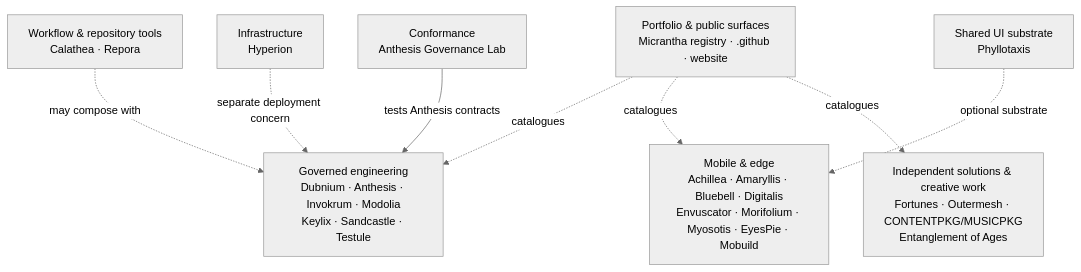
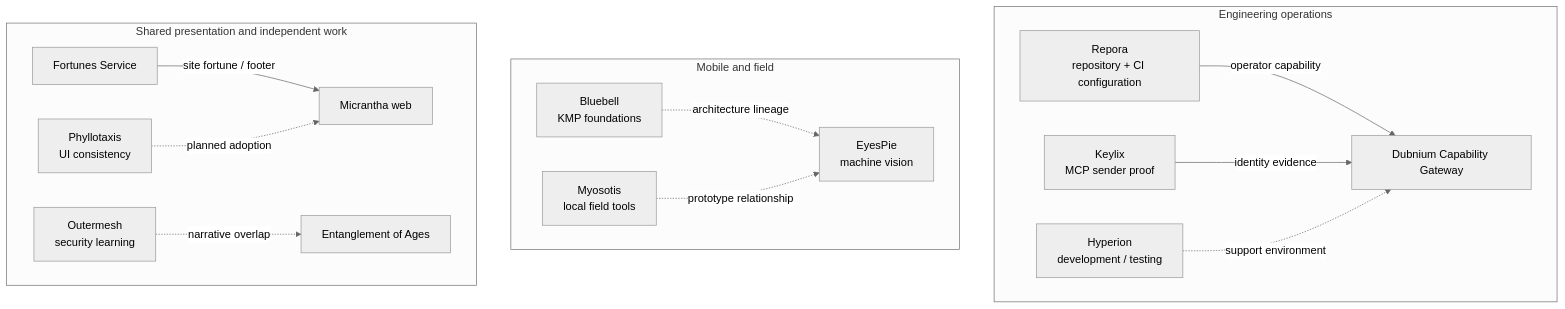
One commit to hackelia-micrantha/.github changed the first of 4 diagrams in docs/architecture/ecosystem-integration.md. Above: the diagram before and after it, drawn with Mermaid (neutral theme). The commit also changed other lines of this file, not shown here.

Commit message:
docs: align ecosystem integration map with owner-defined project roles and adoption maturity

````diff
--- a/docs/architecture/ecosystem-integration.md
+++ b/docs/architecture/ecosystem-integration.md
@@ -9,19 +11,17 @@
 ```mermaid
 flowchart TB
-    Coordination["Portfolio & public surfaces<br/>Micrantha registry · .github · website"]
-    Engineering["Governed engineering<br/>Dubnium · Anthesis · Invokrum · Modolia<br/>Keylix · Sandcastle · Testule"]
-    Workflow["Workflow & repository tools<br/>Calathea · Repora"]
-    Infrastructure["Infrastructure<br/>Hyperion"]
-    Mobile["Mobile & edge<br/>Achillea · Amaryllis · Bluebell · Digitalis<br/>Envuscator · Morifolium · Myosotis · EyesPie · Mobuild"]
-    Design["Shared UI substrate<br/>Phyllotaxis"]
-    Lab["Conformance<br/>Anthesis Governance Lab"]
-    Independent["Independent solutions & creative work<br/>Fortunes · Outermesh · CONTENTPKG/MUSICPKG<br/>Entanglement of Ages"]
-
-    Coordination -. "catalogues" .-> Engineering
-    Coordination -. "catalogues" .-> Mobile
-    Coordination -. "catalogues" .-> Independent
-    Workflow -. "may compose with" .-> Engineering
-    Infrastructure -. "separate deployment concern" .-> Engineering
-    Design -. "optional substrate" .-> Mobile
-    Lab -->|"tests Anthesis contracts"| Engineering
+    subgraph Ops["Engineering operations"]
+      Rep["Repora<br/>repository + CI configuration"] -->|"operator capability"| Gate["Dubnium Capability Gateway"]
+      Key["Keylix<br/>MCP sender proof"] -->|"identity evidence"| Gate
+      Hyp["Hyperion<br/>development / testing"] -. "support environment" .-> Gate
+    end
+    subgraph Mobile["Mobile and field"]
+      Blue["Bluebell<br/>KMP foundations"] -. "architecture lineage" .-> Eyes["EyesPie<br/>machine vision"]
+      Myo["Myosotis<br/>local field tools"] -. "prototype relationship" .-> Eyes
+    end
+    subgraph Presence["Shared presentation and independent work"]
+      Fort["Fortunes Service"] -->|"site fortune / footer"| Web["Micrantha web"]
+      Phyl["Phyllotaxis<br/>UI consistency"] -. "planned adoption" .-> Web
+      Out["Outermesh<br/>security learning"] -. "narrative overlap" .-> Ent["Entanglement of Ages"]
+    end
 ```
````
